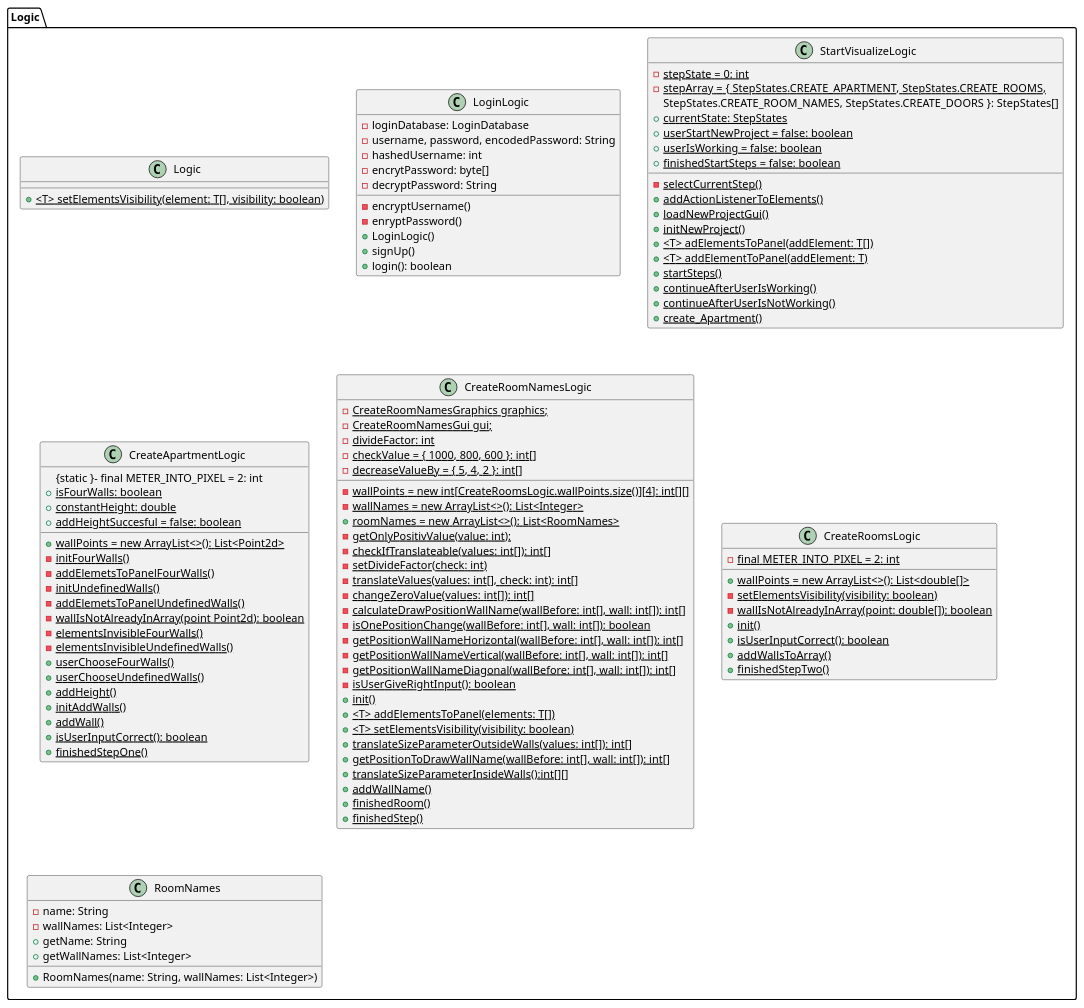
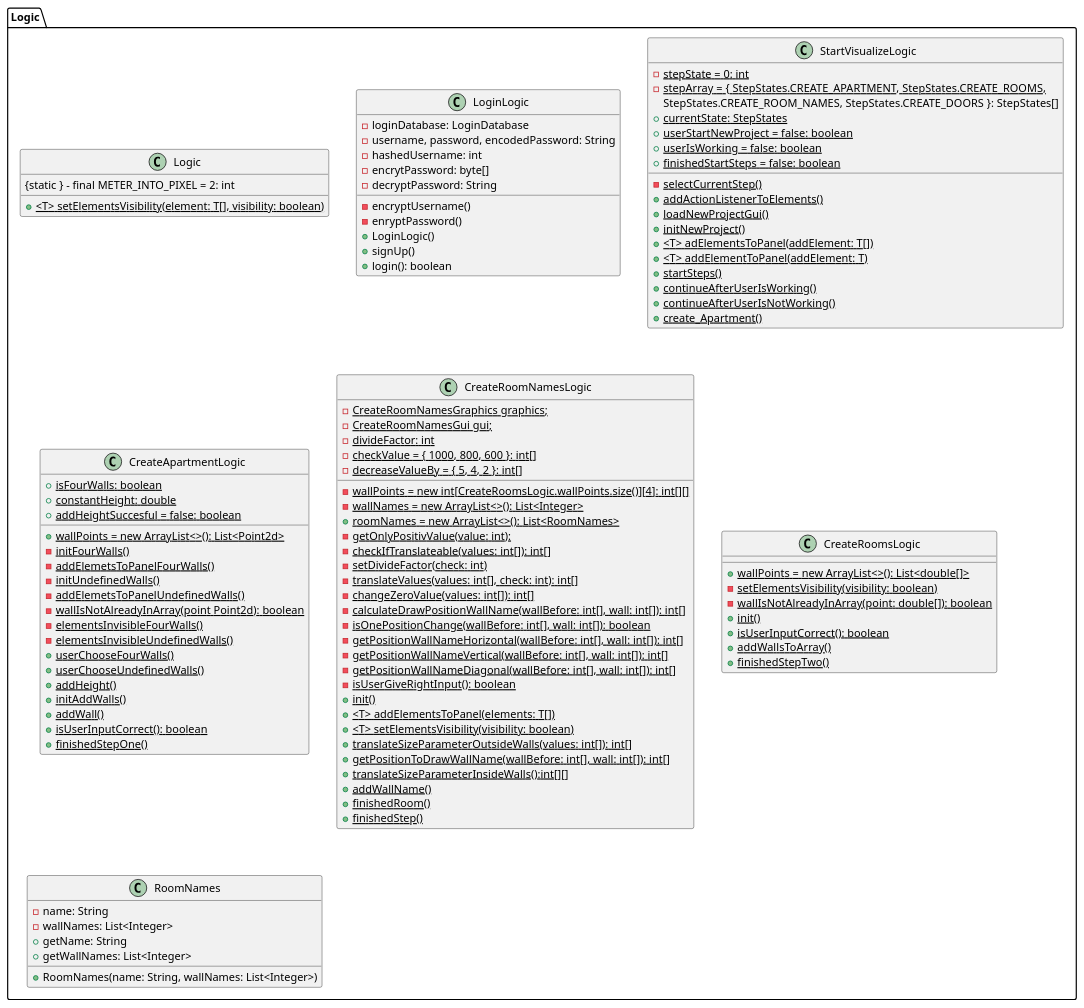
One commit to Raboro/Home-Visualizer changed the diagram in doc/Diagrams/class diagrams/Logic.class diagram.md. Above: the diagram before and after it, drawn with PlantUML. The commit also changed 1 other file, not shown here.

Commit message:
change updates in class diagrams

```diff
--- a/doc/Diagrams/class diagrams/Logic.class diagram.md
+++ b/doc/Diagrams/class diagrams/Logic.class diagram.md
@@ -3,6 +3,7 @@
 
 namespace Logic {
     class Logic {
+        {static } - final METER_INTO_PIXEL = 2: int
         {static} + <T> setElementsVisibility(element: T[], visibility: boolean)
     }
 
@@ -40,7 +41,6 @@
     }
 
     class CreateApartmentLogic{
-        {static }- final METER_INTO_PIXEL = 2: int
         {static} + isFourWalls: boolean
         {static} + constantHeight: double
         {static} + addHeightSuccesful = false: boolean
@@ -93,7 +93,6 @@
     }
 
     class CreateRoomsLogic{
-        {static} - final METER_INTO_PIXEL = 2: int 
         {static} + wallPoints = new ArrayList<>(): List<double[]>
         {static} - setElementsVisibility(visibility: boolean)
         {static} - wallIsNotAlreadyInArray(point: double[]): boolean
```
